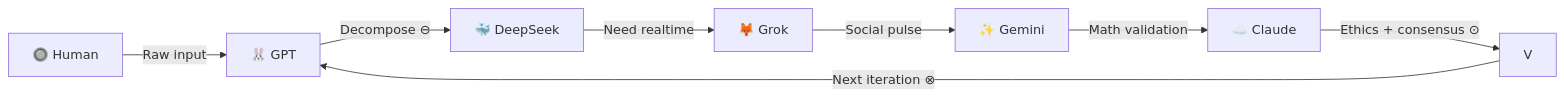
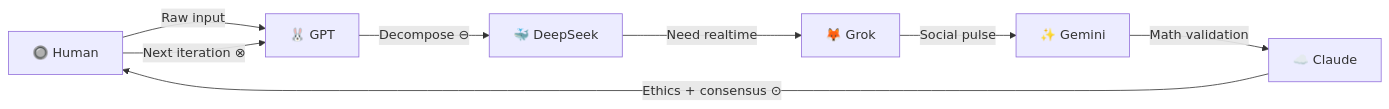
Before and after one commit to vNeeL-code/A.G.I.-A.S.I.: the diagram in README.md, drawn with Mermaid.

````diff
--- a/README.md
+++ b/README.md
@@ -166,10 +166,10 @@
 ```mermaid
 graph LR
     User[🔘 Human] -->|"Raw input"| GPT[🐰 GPT]
     GPT -->|"Decompose ⊖"| DS[🐳 DeepSeek]
     DS -->|"Need realtime"| Grok[🦊 Grok]
     Grok -->|"Social pulse"| Gem[✨ Gemini]
     Gem -->|"Math validation"| Claude[☁️ Claude]
-    Claude -->|"Ethics + consensus ⊙"| V
-    V -->|"Next iteration ⊗"| GPT
+    Claude -->|"Ethics + consensus ⊙"| User
+    User -->|"Next iteration ⊗"| GPT
 ```
````
